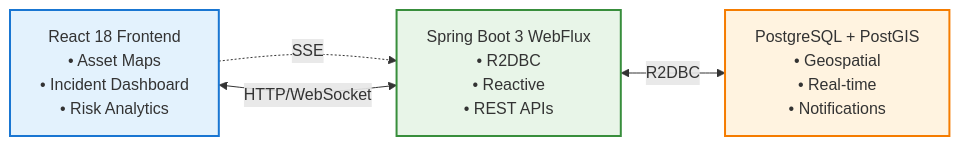
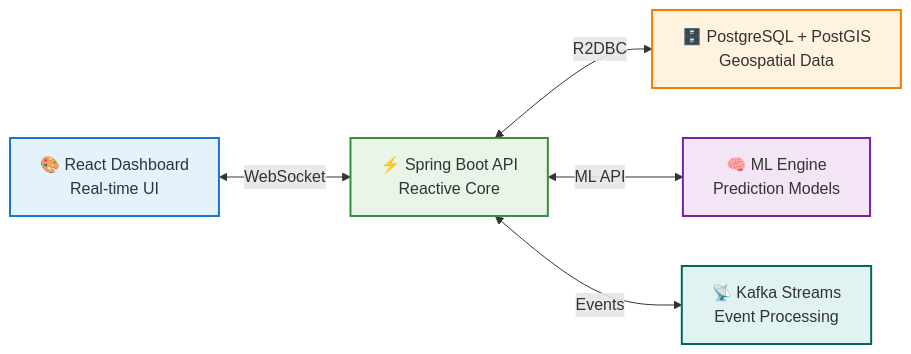
One commit to ossamalafhel/kriir changed the diagram in README.md. Above: the diagram before and after it, drawn with Mermaid. The commit also changed other lines of this file and 13 other files, not shown here.

````diff
--- a/README.md
+++ b/README.md
@@ -65,14 +101,19 @@
 ```mermaid
 graph LR
-    A[React 18 Frontend<br/>• Asset Maps<br/>• Incident Dashboard<br/>• Risk Analytics] 
-    B[Spring Boot 3 WebFlux<br/>• R2DBC<br/>• Reactive<br/>• REST APIs]
-    C[PostgreSQL + PostGIS<br/>• Geospatial<br/>• Real-time<br/>• Notifications]
+    A[🎨 React Dashboard<br/>Real-time UI] 
+    B[⚡ Spring Boot API<br/>Reactive Core]
+    C[🗄️ PostgreSQL + PostGIS<br/>Geospatial Data]
+    D[🧠 ML Engine<br/>Prediction Models]
+    E[📡 Kafka Streams<br/>Event Processing]
     
-    A -.->|SSE| B
-    A <-->|HTTP/WebSocket| B
+    A <-->|WebSocket| B
     B <-->|R2DBC| C
+    B <-->|ML API| D
+    B <-->|Events| E
     
     style A fill:#e3f2fd,stroke:#1976d2,stroke-width:2px
     style B fill:#e8f5e8,stroke:#388e3c,stroke-width:2px  
     style C fill:#fff3e0,stroke:#f57c00,stroke-width:2px
+    style D fill:#f3e5f5,stroke:#7b1fa2,stroke-width:2px
+    style E fill:#e0f2f1,stroke:#00695c,stroke-width:2px
 ```
````
